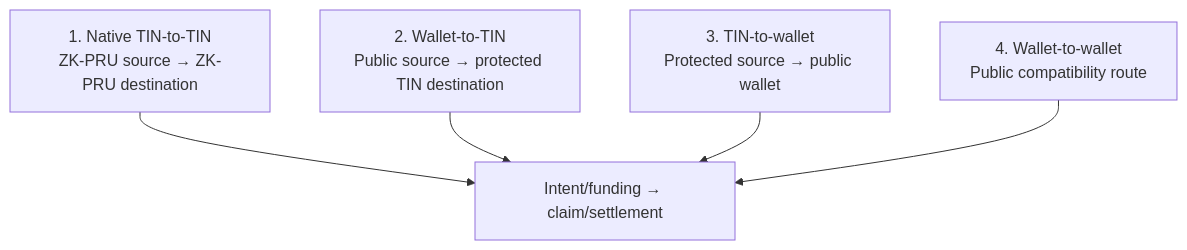
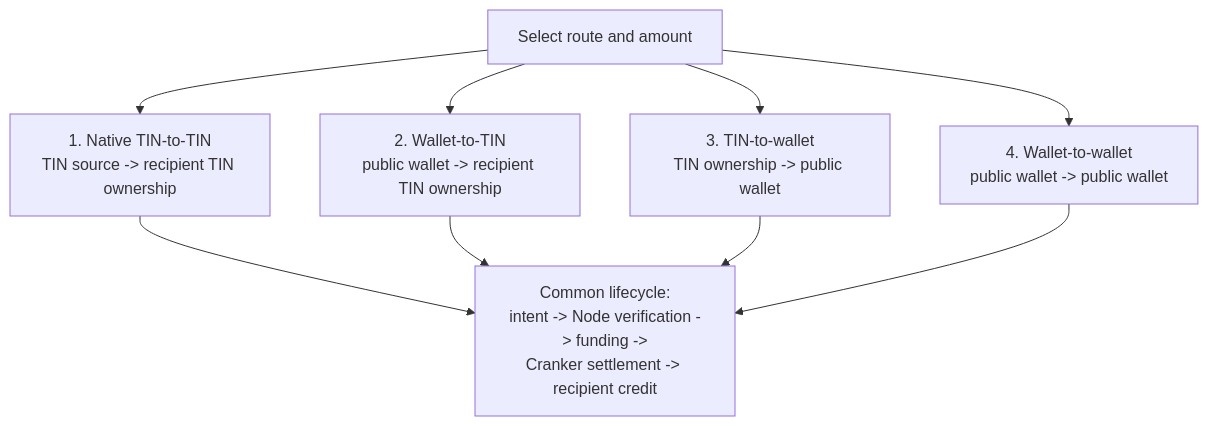
One commit to bigdreamsweb3/trustlink-pay changed the third of 4 diagrams in docs/tsn-transaction-explorer.md. Above: the diagram before and after it, drawn with Mermaid. The commit also changed other lines of this file and 37 other files, not shown here.

````diff
--- a/docs/tsn-transaction-explorer.md
+++ b/docs/tsn-transaction-explorer.md
@@ -55,11 +117,12 @@
 ```mermaid
-flowchart TB
-    A["1. Native TIN-to-TIN<br/>ZK-PRU source → ZK-PRU destination"]
-    B["2. Wallet-to-TIN<br/>Public source → protected TIN destination"]
-    C["3. TIN-to-wallet<br/>Protected source → public wallet"]
-    D["4. Wallet-to-wallet<br/>Public compatibility route"]
-    A --> X["Intent/funding → claim/settlement"]
-    B --> X
-    C --> X
-    D --> X
+flowchart TD
+    SELECT["Select route and amount"]
+    SELECT --> A["1. Native TIN-to-TIN<br/>TIN source -> recipient TIN ownership"]
+    SELECT --> B["2. Wallet-to-TIN<br/>public wallet -> recipient TIN ownership"]
+    SELECT --> C["3. TIN-to-wallet<br/>TIN ownership -> public wallet"]
+    SELECT --> D["4. Wallet-to-wallet<br/>public wallet -> public wallet"]
+    A --> COMMON["Common lifecycle:<br/>intent -> Node verification -> funding -><br/>Cranker settlement -> recipient credit"]
+    B --> COMMON
+    C --> COMMON
+    D --> COMMON
 ```
````
